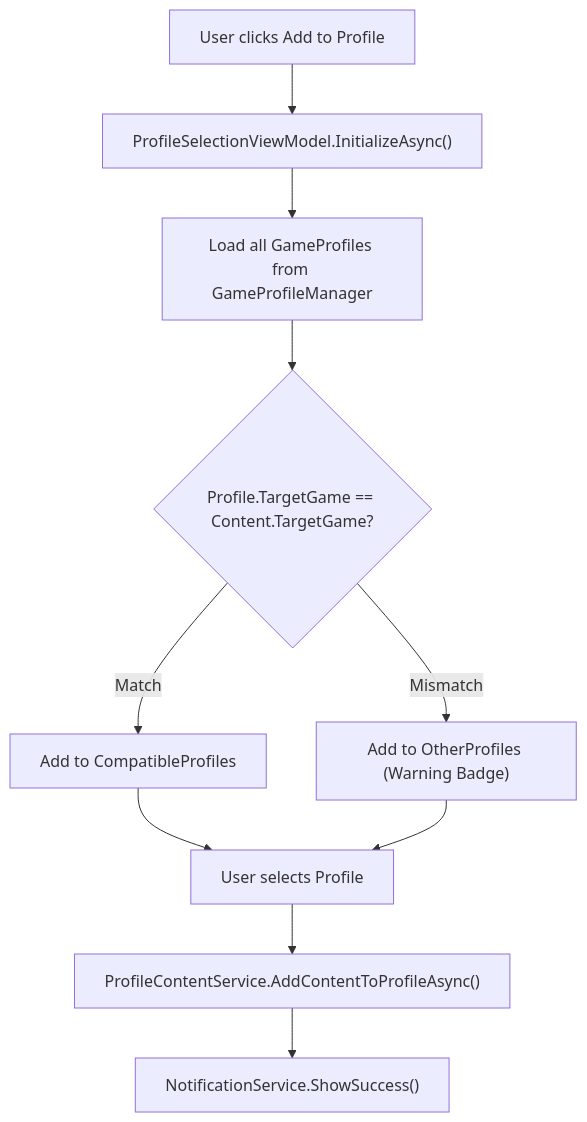
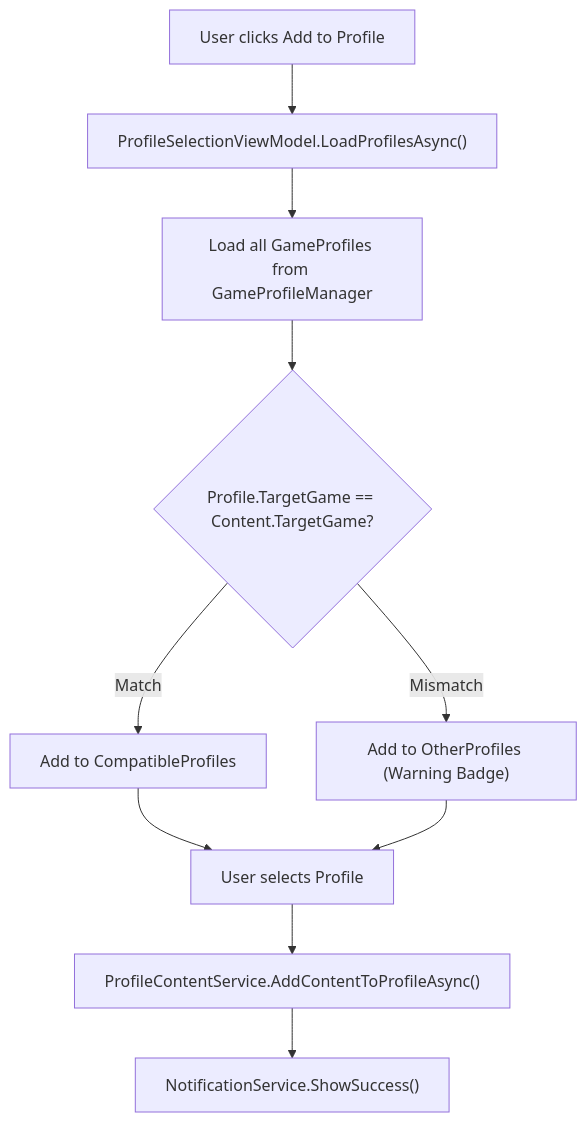
One commit to undead2146/GenHub changed the fifth of 5 diagrams in docs/features/downloads.md. Above: the diagram before and after it, drawn with Mermaid. The commit also changed other lines of this file and 16 other files, not shown here.

````diff
--- a/docs/features/downloads.md
+++ b/docs/features/downloads.md
@@ -335,13 +335,13 @@
 ```mermaid
 flowchart TD
-    A["User clicks Add to Profile"] --> B["ProfileSelectionViewModel.InitializeAsync()"]
+    A["User clicks Add to Profile"] --> B["ProfileSelectionViewModel.LoadProfilesAsync()"]
     B --> C["Load all GameProfiles from GameProfileManager"]
     C --> D{"Profile.TargetGame == Content.TargetGame?"}
     D -->|Match| E["Add to CompatibleProfiles"]
     D -->|Mismatch| F["Add to OtherProfiles (Warning Badge)"]
 
     E --> G["User selects Profile"]
     F --> G
     G --> H["ProfileContentService.AddContentToProfileAsync()"]
     H --> I["NotificationService.ShowSuccess()"]
 ```
````
